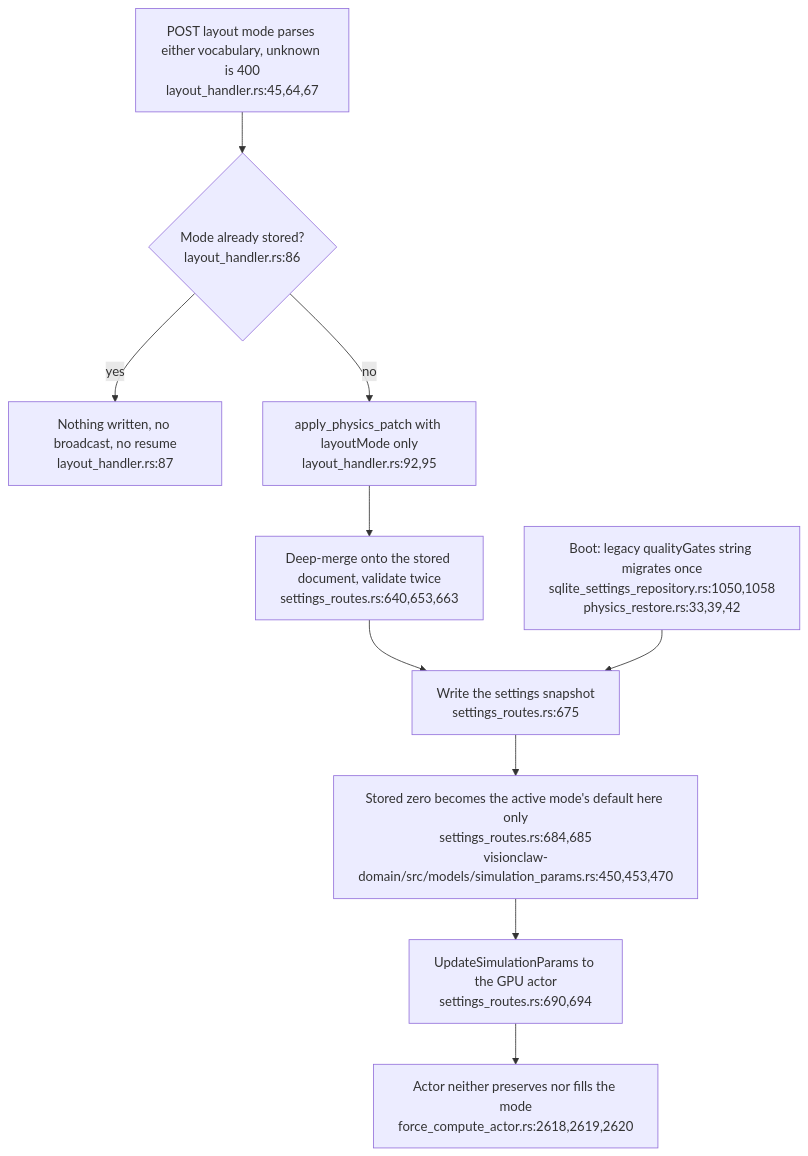
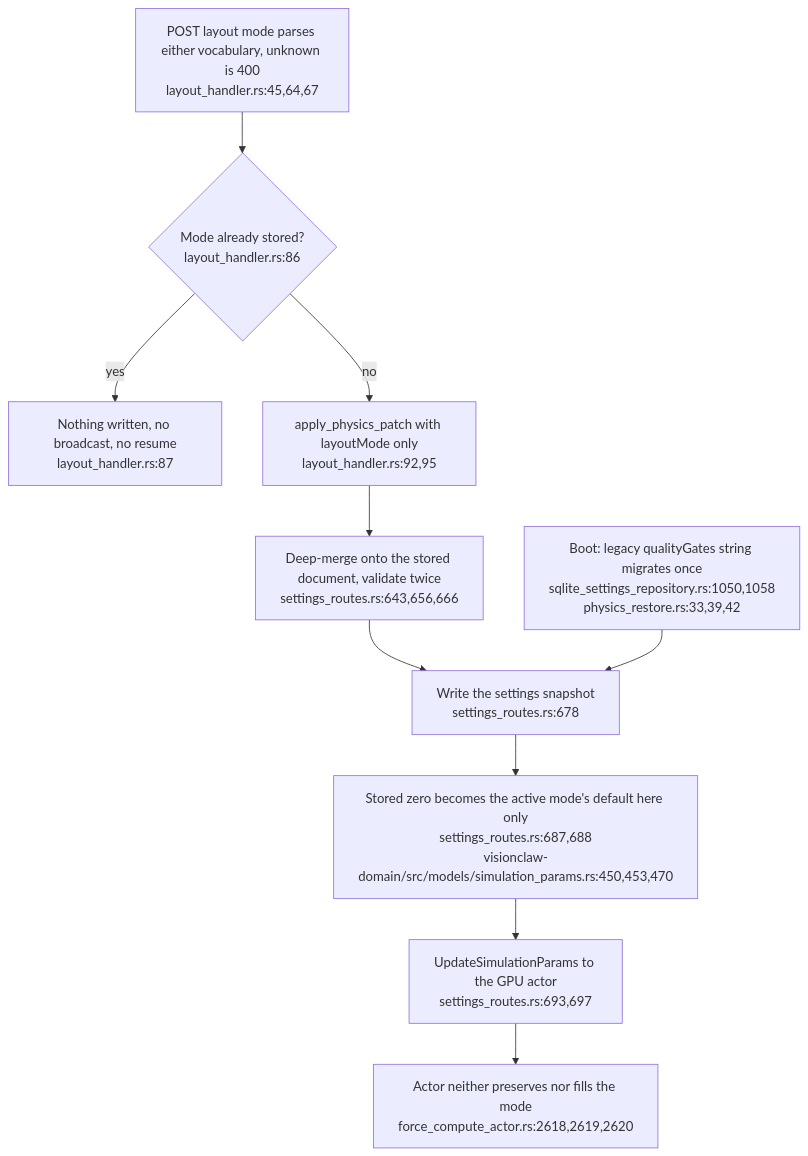
The first of 5 diagrams in docs/diagrams/visionclaw/54-layout-mode-step-cadence-and-settle.md (DreamLab-AI/VisionFlow), drawn with Mermaid before and after one commit. The commit also changed other lines of this file and 56 other files, not shown here.

First line of the commit message:
docs(diagrams): re-verify VisionClaw topics at ec785afa9, add VC-19/56/57 and the VisionClaw register

````diff
--- a/docs/diagrams/visionclaw/54-layout-mode-step-cadence-and-settle.md
+++ b/docs/diagrams/visionclaw/54-layout-mode-step-cadence-and-settle.md
@@ -34,12 +43,12 @@
 ```mermaid
 flowchart TD
     POST["POST layout mode parses either vocabulary, unknown is 400<br/>layout_handler.rs:45,64,67"] --> SAME{"Mode already stored?<br/>layout_handler.rs:86"}
     SAME -->|yes| NOOP["Nothing written, no broadcast, no resume<br/>layout_handler.rs:87"]
     SAME -->|no| PATCH["apply_physics_patch with layoutMode only<br/>layout_handler.rs:92,95"]
-    PATCH --> MERGE["Deep-merge onto the stored document, validate twice<br/>settings_routes.rs:640,653,663"]
-    MERGE --> STORE["Write the settings snapshot<br/>settings_routes.rs:675"]
-    STORE --> RESOLVE["Stored zero becomes the active mode's default here only<br/>settings_routes.rs:684,685<br/>visionclaw-domain/src/models/simulation_params.rs:450,453,470"]
-    RESOLVE --> GPU["UpdateSimulationParams to the GPU actor<br/>settings_routes.rs:690,694"]
+    PATCH --> MERGE["Deep-merge onto the stored document, validate twice<br/>settings_routes.rs:643,656,666"]
+    MERGE --> STORE["Write the settings snapshot<br/>settings_routes.rs:678"]
+    STORE --> RESOLVE["Stored zero becomes the active mode's default here only<br/>settings_routes.rs:687,688<br/>visionclaw-domain/src/models/simulation_params.rs:450,453,470"]
+    RESOLVE --> GPU["UpdateSimulationParams to the GPU actor<br/>settings_routes.rs:693,697"]
     GPU --> ACTOR["Actor neither preserves nor fills the mode<br/>force_compute_actor.rs:2618,2619,2620"]
     BOOT["Boot: legacy qualityGates string migrates once<br/>sqlite_settings_repository.rs:1050,1058<br/>physics_restore.rs:33,39,42"] --> STORE
 ```
````
